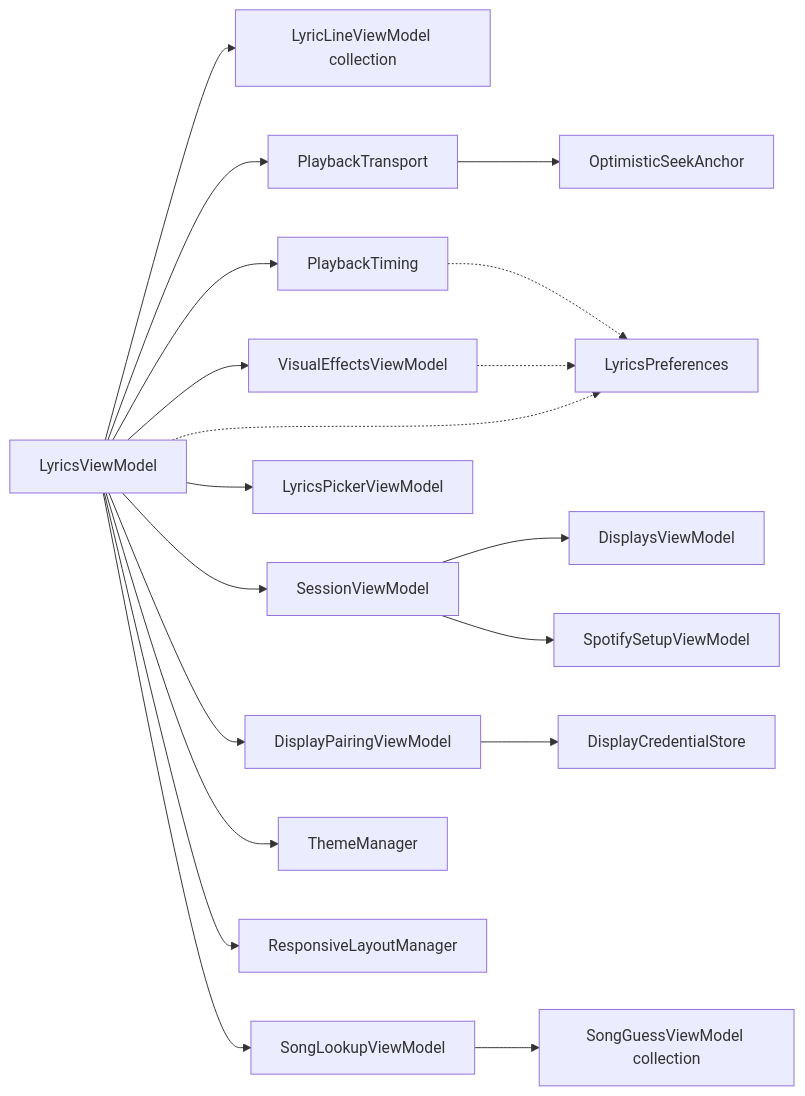
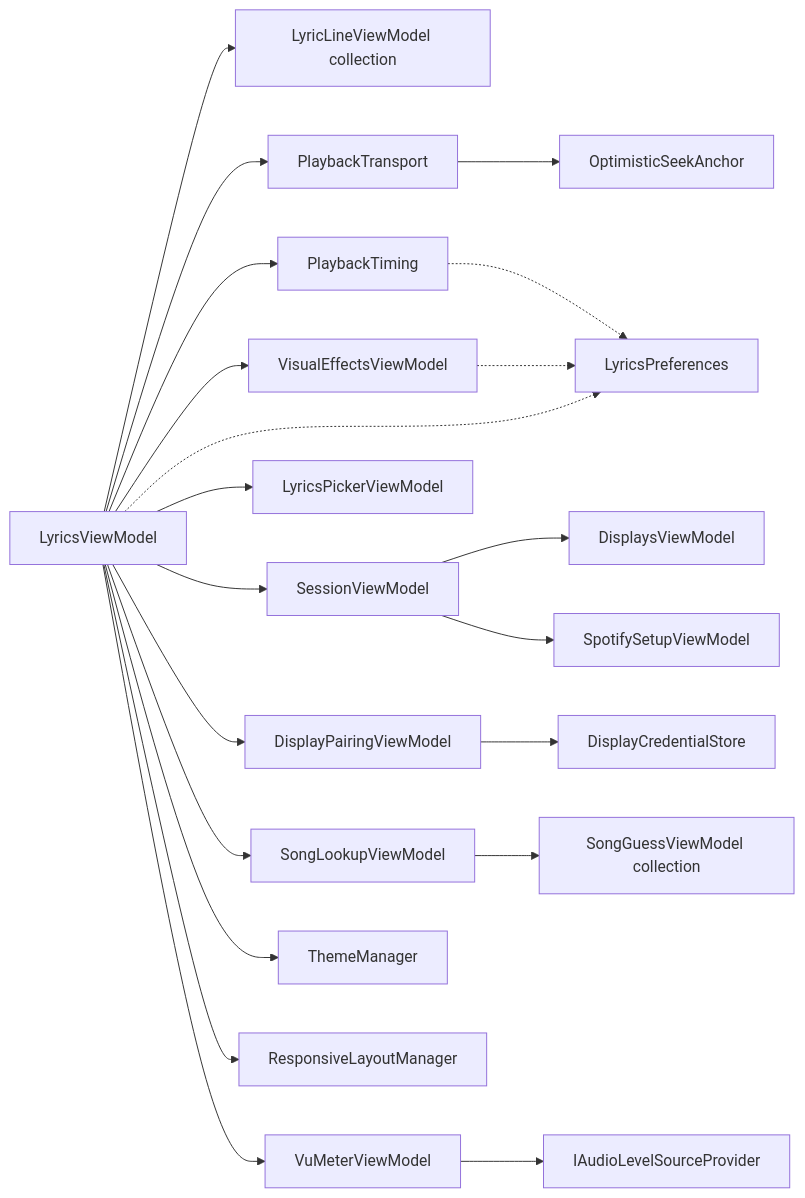
Before and after one commit to jav76/Cantus: the second of 3 diagrams in docs/architecture/client-uno.md, drawn with Mermaid. The commit also changed other lines of this file and 5 other files, not shown here.

First line of the commit message:
docs(client): document the seek bar VU meter and its level sources

````diff
--- a/docs/architecture/client-uno.md
+++ b/docs/architecture/client-uno.md
@@ -50,25 +50,27 @@
 ```mermaid
 flowchart LR
     LVM["LyricsViewModel"]
 
     LVM --> Lines["LyricLineViewModel collection"]
     LVM --> Transport["PlaybackTransport"]
     Transport --> Anchor["OptimisticSeekAnchor"]
     LVM --> Timing["PlaybackTiming"]
     LVM --> Session["SessionViewModel"]
     Session --> Displays["DisplaysViewModel"]
     Session --> Setup["SpotifySetupViewModel"]
     LVM --> Pairing["DisplayPairingViewModel"]
     Pairing --> Credentials["DisplayCredentialStore"]
     LVM --> Picker["LyricsPickerViewModel"]
     LVM --> Lookup["SongLookupViewModel"]
     Lookup --> Guess["SongGuessViewModel collection"]
     LVM --> FxVM["VisualEffectsViewModel"]
+    LVM --> Meter["VuMeterViewModel"]
+    Meter --> Sources["IAudioLevelSourceProvider"]
     LVM --> Theme["ThemeManager"]
     LVM --> Layout["ResponsiveLayoutManager"]
 
     Prefs["LyricsPreferences"]
     Timing -.-> Prefs
     FxVM -.-> Prefs
     LVM -.-> Prefs
 ```
````
